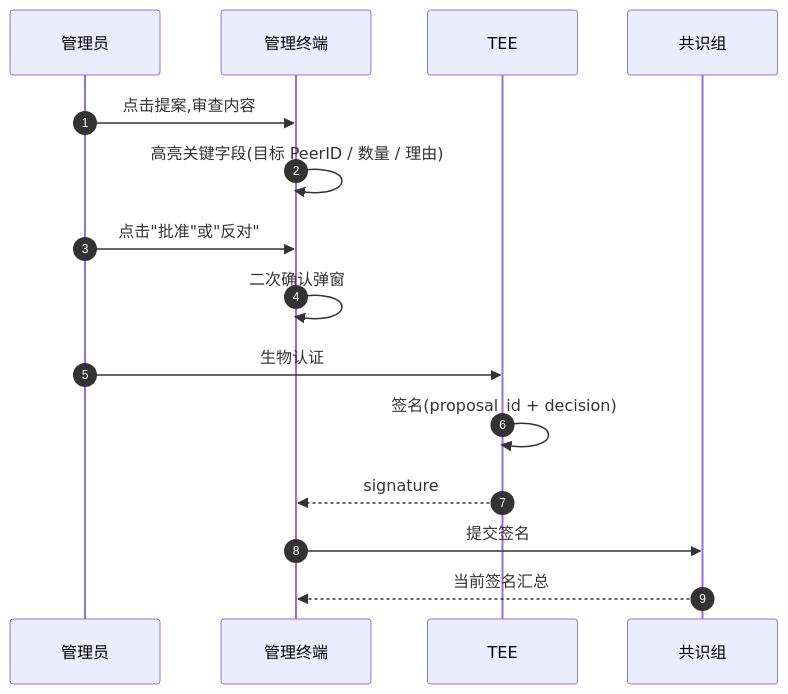
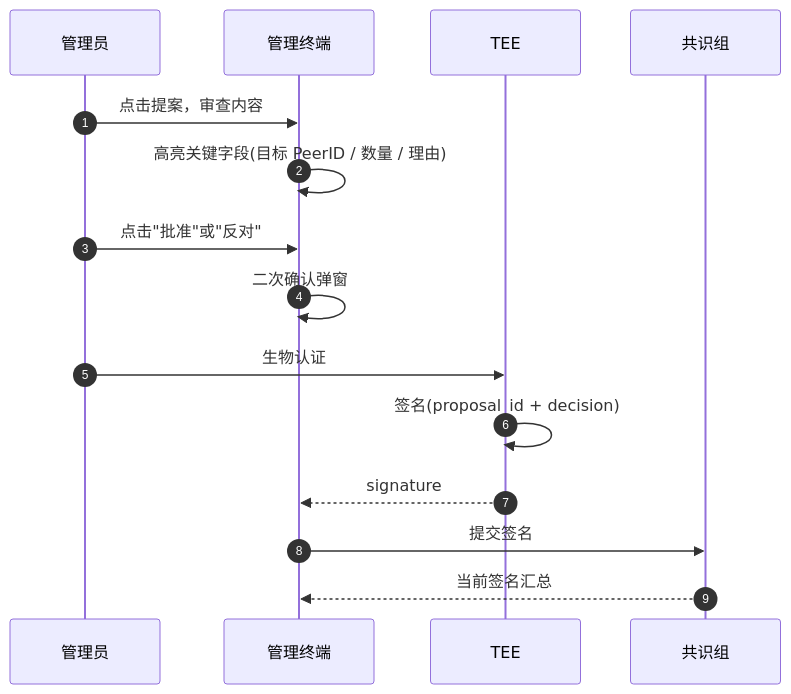
The second of 4 diagrams in pages/components/manager/governance.md (JLUCraft/docs), drawn with Mermaid before and after one commit. The commit also changed other lines of this file and 23 other files, not shown here.

````diff
--- a/pages/components/manager/governance.md
+++ b/pages/components/manager/governance.md
@@ -50,18 +50,18 @@
 ```mermaid
 sequenceDiagram
     autonumber
     participant Op as 管理员
     participant App as 管理终端
     participant TEE
     participant Cons as 共识组
 
-    Op->>App: 点击提案,审查内容
+    Op->>App: 点击提案，审查内容
     App->>App: 高亮关键字段(目标 PeerID / 数量 / 理由)
     Op->>App: 点击"批准"或"反对"
     App->>App: 二次确认弹窗
     Op->>TEE: 生物认证
     TEE->>TEE: 签名(proposal_id + decision)
     TEE-->>App: signature
     App->>Cons: 提交签名
     Cons-->>App: 当前签名汇总
 ```
````
